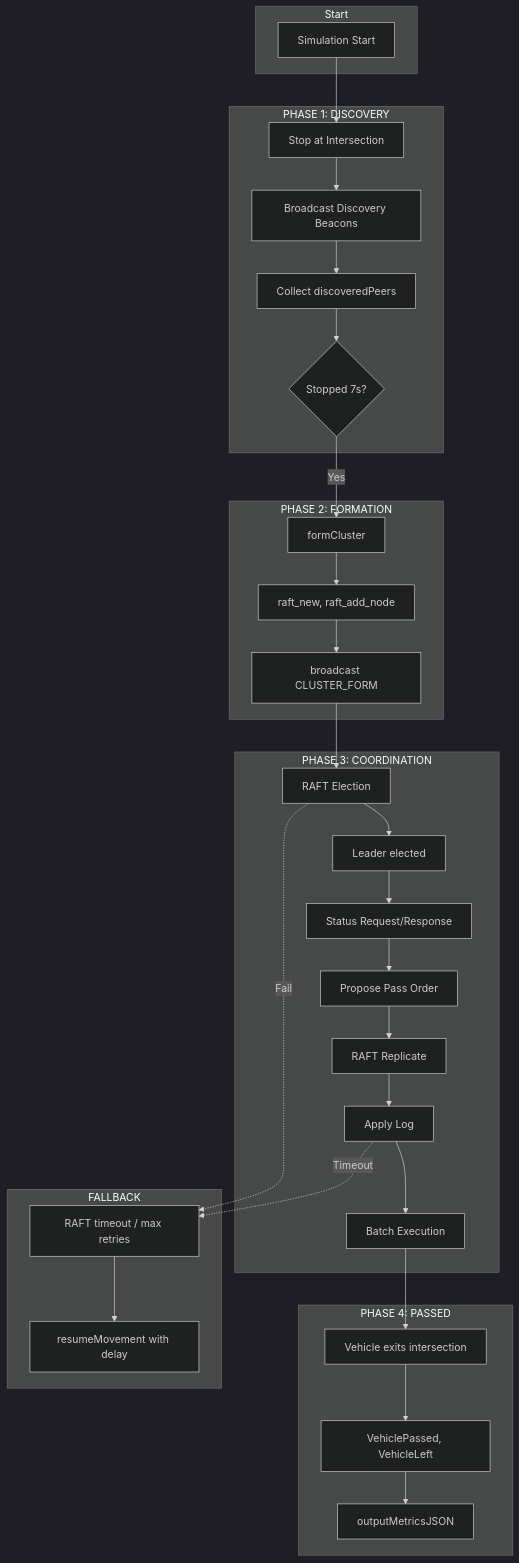
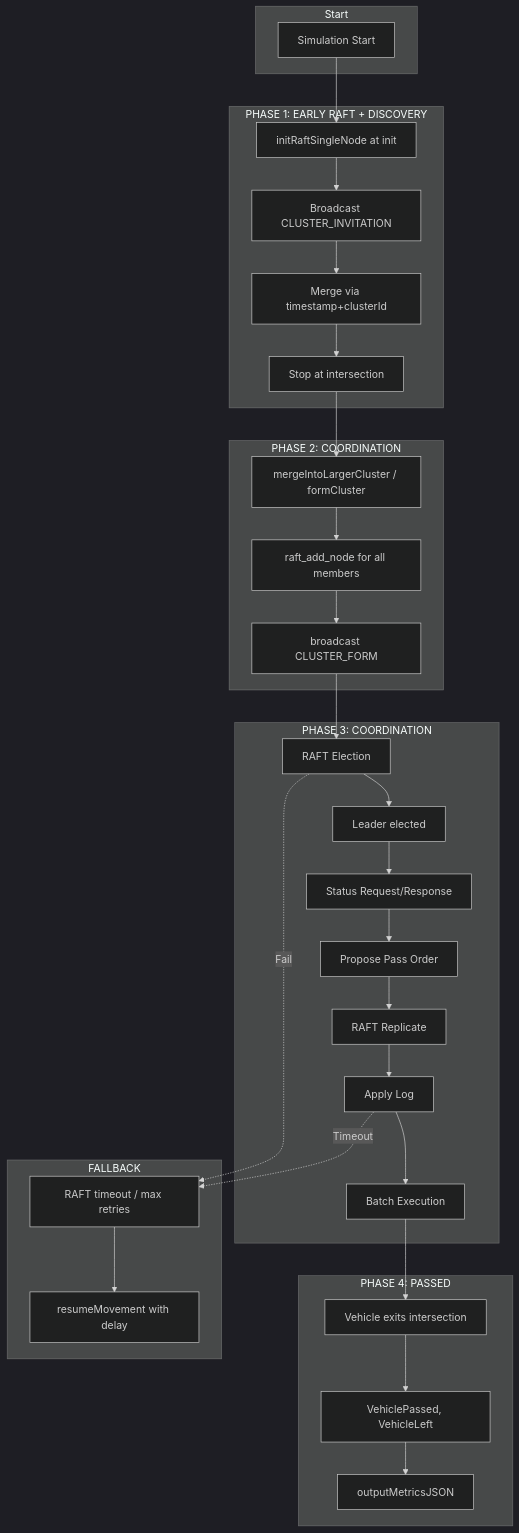
Before and after one commit to Mati02K/v2vbenchmark: the diagram in ALGORITHM.md, drawn with Mermaid (dark theme). The commit also changed other lines of this file and 118 other files, not shown here.

````diff
--- a/ALGORITHM.md
+++ b/ALGORITHM.md
@@ -585,54 +763,54 @@
 ```mermaid
 flowchart TB
     subgraph Start
         A[Simulation Start]
     end
 
-    subgraph Phase1["PHASE 1: DISCOVERY"]
-        B[Stop at Intersection]
-        C[Broadcast Discovery Beacons]
-        D[Collect discoveredPeers]
-        E{Stopped 7s?}
+    subgraph Phase1["PHASE 1: EARLY RAFT + DISCOVERY"]
+        B[initRaftSingleNode at init]
+        C[Broadcast CLUSTER_INVITATION]
+        D[Merge via timestamp+clusterId]
+        E[Stop at intersection]
     end
 
-    subgraph Phase2["PHASE 2: FORMATION"]
-        F[formCluster]
-        G[raft_new, raft_add_node]
+    subgraph Phase2["PHASE 2: COORDINATION"]
+        F[mergeIntoLargerCluster / formCluster]
+        G[raft_add_node for all members]
         H[broadcast CLUSTER_FORM]
     end
 
     subgraph Phase3["PHASE 3: COORDINATION"]
         I[RAFT Election]
         J[Leader elected]
         K[Status Request/Response]
         L[Propose Pass Order]
         M[RAFT Replicate]
         N[Apply Log]
         O[Batch Execution]
     end
 
     subgraph Phase4["PHASE 4: PASSED"]
         P[Vehicle exits intersection]
         Q[VehiclePassed, VehicleLeft]
         R[outputMetricsJSON]
     end
 
     subgraph Fallback["FALLBACK"]
         S[RAFT timeout / max retries]
         T[resumeMovement with delay]
     end
 
     A --> B
     B --> C
     C --> D
     D --> E
-    E -->|Yes| F
+    E --> F
     F --> G --> H
     H --> I
     I --> J
     J --> K --> L --> M --> N --> O
     O --> P --> Q --> R
     I -.->|Fail| S
     N -.->|Timeout| S
     S --> T
 ```
````
